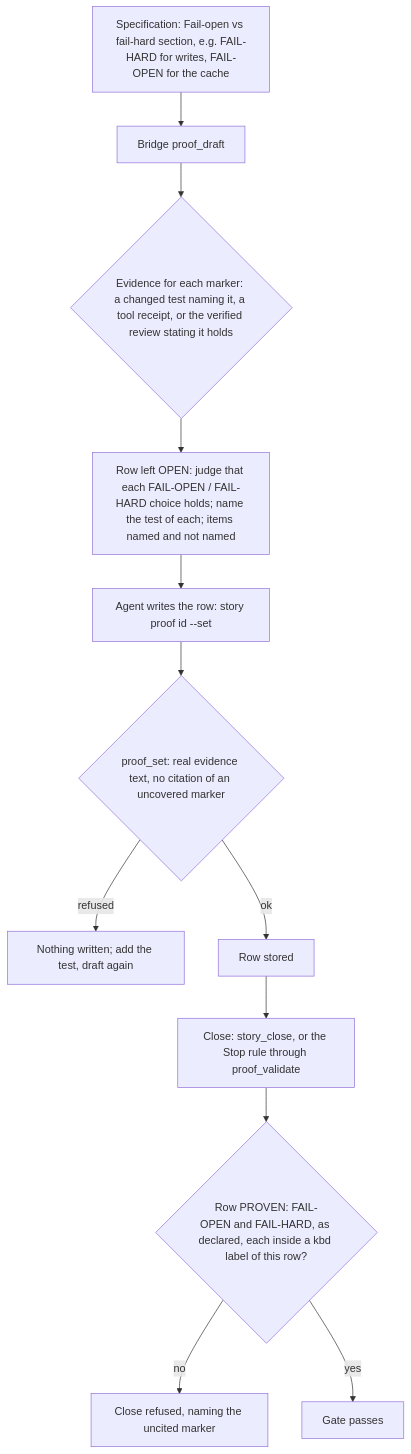
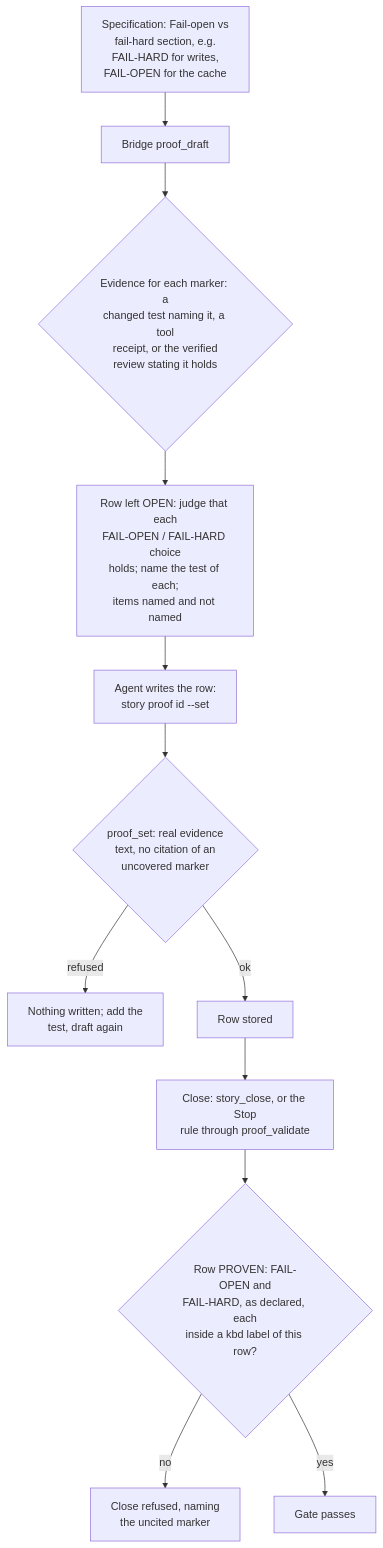
The diagram in docs/PROOF_DIMENSION_RESILIENCE.md (DogmaSolutions/Kyklos), drawn with Mermaid before and after one commit. The commit also changed 38 other files, not shown here.

````diff
--- a/docs/PROOF_DIMENSION_RESILIENCE.md
+++ b/docs/PROOF_DIMENSION_RESILIENCE.md
@@ -31,14 +31,14 @@
 ```mermaid
 flowchart TD
-    A["Specification: Fail-open vs fail-hard section, e.g. FAIL-HARD for writes, FAIL-OPEN for the cache"] --> B["Bridge proof_draft"]
-    B --> C{"Evidence for each marker: a changed test naming it, a tool receipt, or the verified review stating it holds"}
-    C --> D["Row left OPEN: judge that each FAIL-OPEN / FAIL-HARD choice holds; name the test of each; items named and not named"]
-    D --> E["Agent writes the row: story proof id --set"]
-    E --> F{"proof_set: real evidence text, no citation of an uncovered marker"}
-    F -->|"refused"| X1["Nothing written; add the test, draft again"]
+    A["Specification: Fail-open vs<br/>fail-hard section, e.g.<br/>FAIL-HARD for writes,<br/>FAIL-OPEN for the cache"] --> B["Bridge proof_draft"]
+    B --> C{"Evidence for each marker: a<br/>changed test naming it, a tool<br/>receipt, or the verified<br/>review stating it holds"}
+    C --> D["Row left OPEN: judge that each<br/>FAIL-OPEN / FAIL-HARD choice<br/>holds; name the test of each;<br/>items named and not named"]
+    D --> E["Agent writes the row:<br/>story proof id --set"]
+    E --> F{"proof_set: real evidence<br/>text, no citation of an<br/>uncovered marker"}
+    F -->|"refused"| X1["Nothing written; add the<br/>test, draft again"]
     F -->|"ok"| S["Row stored"]
-    S --> G["Close: story_close, or the Stop rule through proof_validate"]
-    G --> H{"Row PROVEN: FAIL-OPEN and FAIL-HARD, as declared, each inside a kbd label of this row?"}
-    H -->|"no"| X2["Close refused, naming the uncited marker"]
+    S --> G["Close: story_close, or the Stop<br/>rule through proof_validate"]
+    G --> H{"Row PROVEN: FAIL-OPEN and<br/>FAIL-HARD, as declared, each<br/>inside a kbd label of this row?"}
+    H -->|"no"| X2["Close refused, naming<br/>the uncited marker"]
     H -->|"yes"| OK["Gate passes"]
 ```
````
